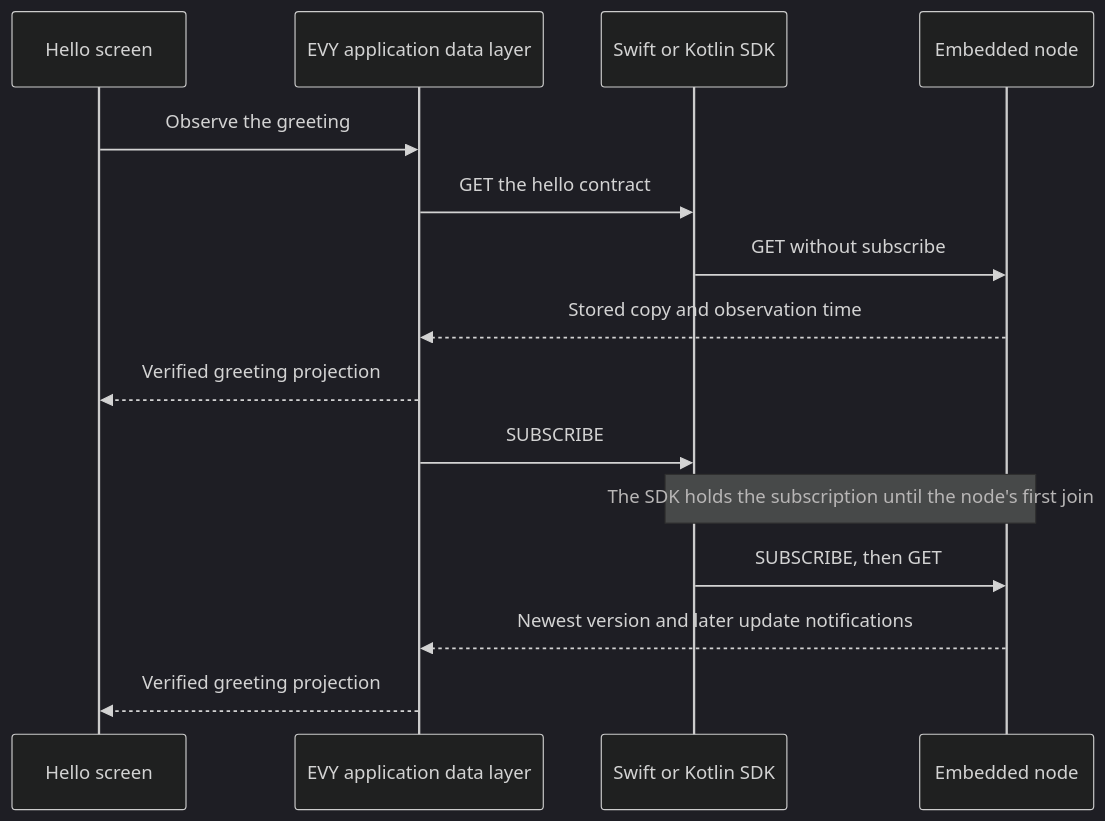
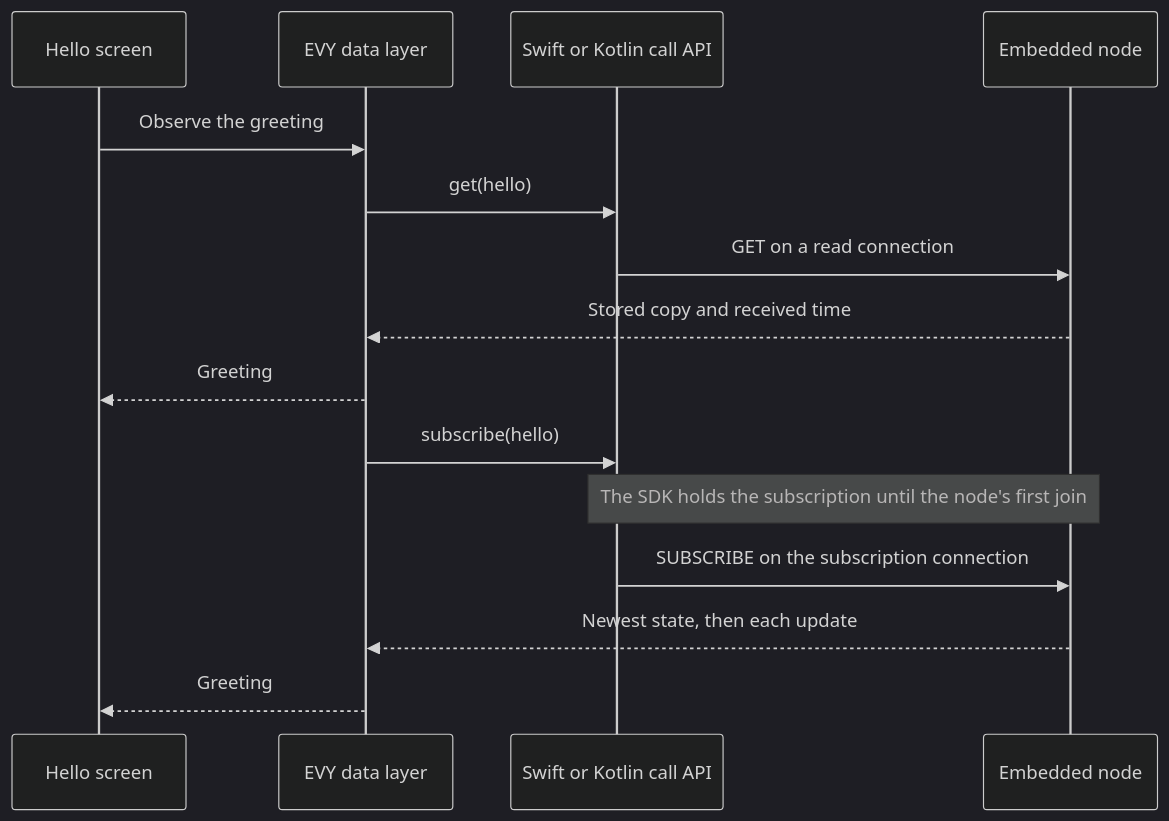
One commit to EVY-Platform/evy-freenet-plans changed the third of 5 diagrams in 2-evy-on-freenet/01-hello-evy-world.md. Above: the diagram before and after it, drawn with Mermaid (dark theme). The commit also changed other lines of this file and 34 other files, not shown here.

````diff
--- a/2-evy-on-freenet/01-hello-evy-world.md
+++ b/2-evy-on-freenet/01-hello-evy-world.md
@@ -109,17 +210,17 @@
 ```mermaid
 sequenceDiagram
     participant Screen as Hello screen
-    participant Data as EVY application data layer
-    participant SDK as Swift or Kotlin SDK
+    participant Data as EVY data layer
+    participant SDK as Swift or Kotlin call API
     participant Node as Embedded node
     Screen->>Data: Observe the greeting
-    Data->>SDK: GET the hello contract
-    SDK->>Node: GET without subscribe
-    Node-->>Data: Stored copy and observation time
-    Data-->>Screen: Verified greeting projection
-    Data->>SDK: SUBSCRIBE
+    Data->>SDK: get(hello)
+    SDK->>Node: GET on a read connection
+    Node-->>Data: Stored copy and received time
+    Data-->>Screen: Greeting
+    Data->>SDK: subscribe(hello)
     Note over SDK,Node: The SDK holds the subscription until the node's first join
-    SDK->>Node: SUBSCRIBE, then GET
-    Node-->>Data: Newest version and later update notifications
-    Data-->>Screen: Verified greeting projection
+    SDK->>Node: SUBSCRIBE on the subscription connection
+    Node-->>Data: Newest state, then each update
+    Data-->>Screen: Greeting
 ```
````
